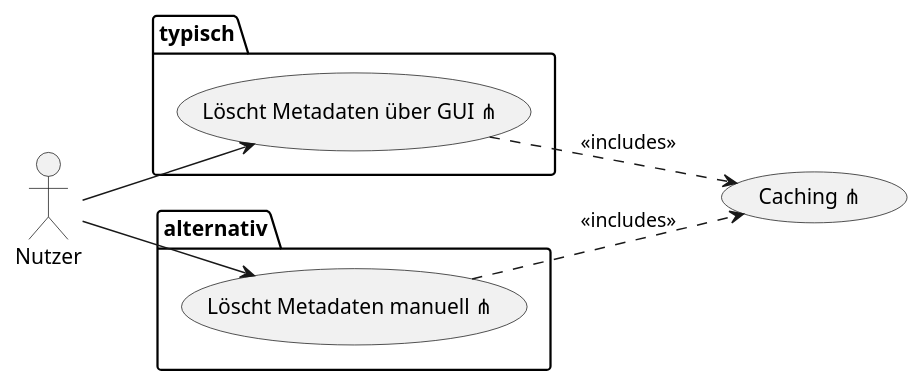
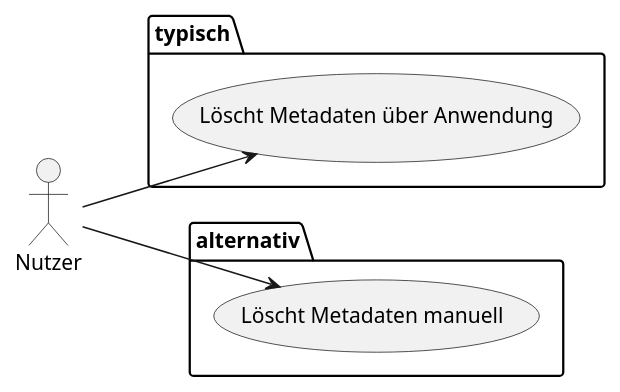
Before and after one commit to SoftwareEngineeringOne/wiki: the seventh of 20 diagrams in wiki/topics/Inkremente/00/Anforderungsanalyse.md, drawn with PlantUML. The commit also changed other lines of this file, not shown here.

````diff
--- a/wiki/topics/Inkremente/00/Anforderungsanalyse.md
+++ b/wiki/topics/Inkremente/00/Anforderungsanalyse.md
@@ -209,19 +271,16 @@
 ```plantuml
 @startuml
 left to right direction
 
 actor Nutzer as u
-usecase "Caching ⋔" as c
 
 package typisch {
-u --> (Löscht Metadaten über GUI ⋔)
+u --> (Löscht Metadaten über Anwendung)
 }
 
 package alternativ {
-u --> (Löscht Metadaten manuell ⋔)
+u --> (Löscht Metadaten manuell)
 }
 
-c <.up. (Löscht Metadaten über GUI ⋔) : <<includes>>
-c <.up. (Löscht Metadaten manuell ⋔) : <<includes>>
 @enduml
 ```
````
